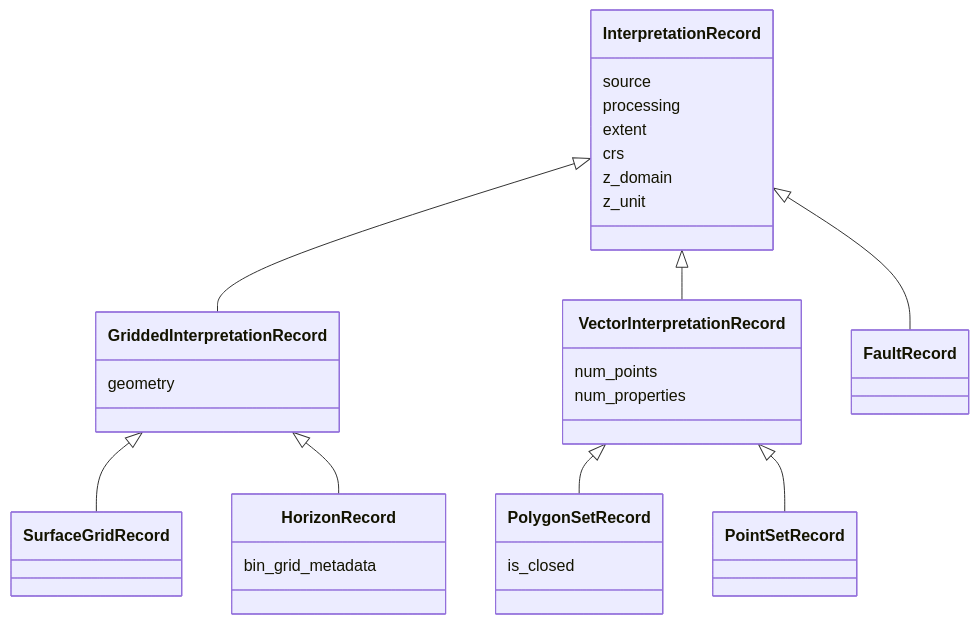
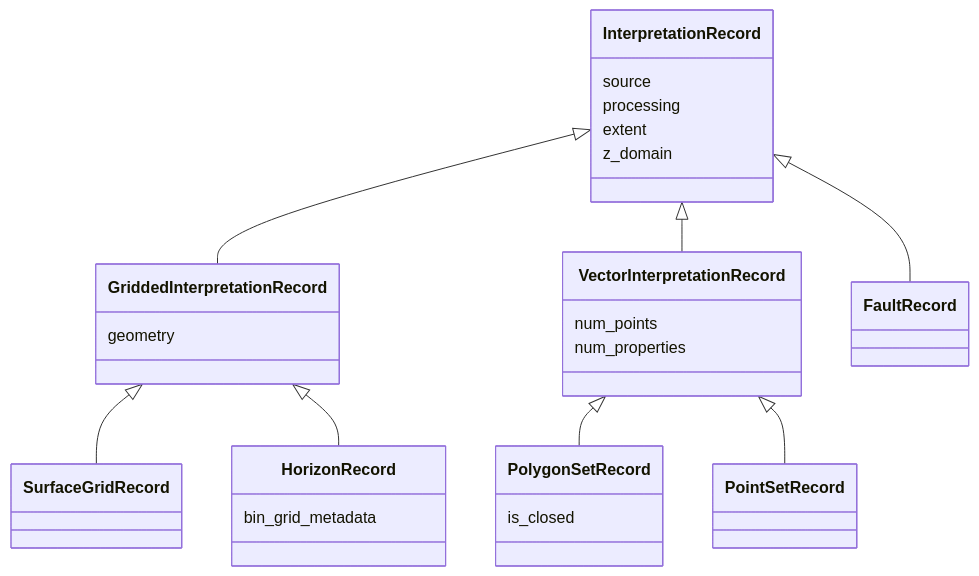
The diagram in docs/design_interpretations.md (equinor/interpretation-models), drawn with Mermaid before and after one commit. The commit also changed 25 other files, not shown here.

First line of the commit message:
feat: updates to models, mappers and schemas (#51)

````diff
--- a/docs/design_interpretations.md
+++ b/docs/design_interpretations.md
@@ -33,39 +33,37 @@
 ```mermaid
 classDiagram
     class InterpretationRecord {
         source
         processing
         extent
-        crs
         z_domain
-        z_unit
     }
 
     class GriddedInterpretationRecord {
         geometry
     }
 
     class VectorInterpretationRecord {
         num_points
         num_properties
     }
 
     class SurfaceGridRecord
     class HorizonRecord {
         bin_grid_metadata
     }
     class PolygonSetRecord {
         is_closed
     }
     class PointSetRecord
     class FaultRecord
 
     InterpretationRecord <|-- GriddedInterpretationRecord
     GriddedInterpretationRecord <|-- SurfaceGridRecord
     GriddedInterpretationRecord <|-- HorizonRecord
     InterpretationRecord <|-- VectorInterpretationRecord
     VectorInterpretationRecord  <|-- PolygonSetRecord
     VectorInterpretationRecord  <|-- PointSetRecord
     InterpretationRecord  <|-- FaultRecord
 
 ``` 
````
